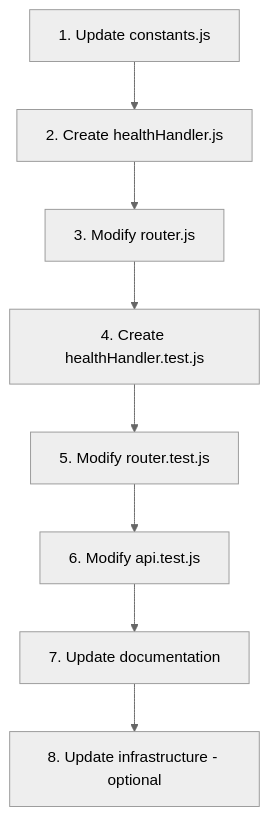
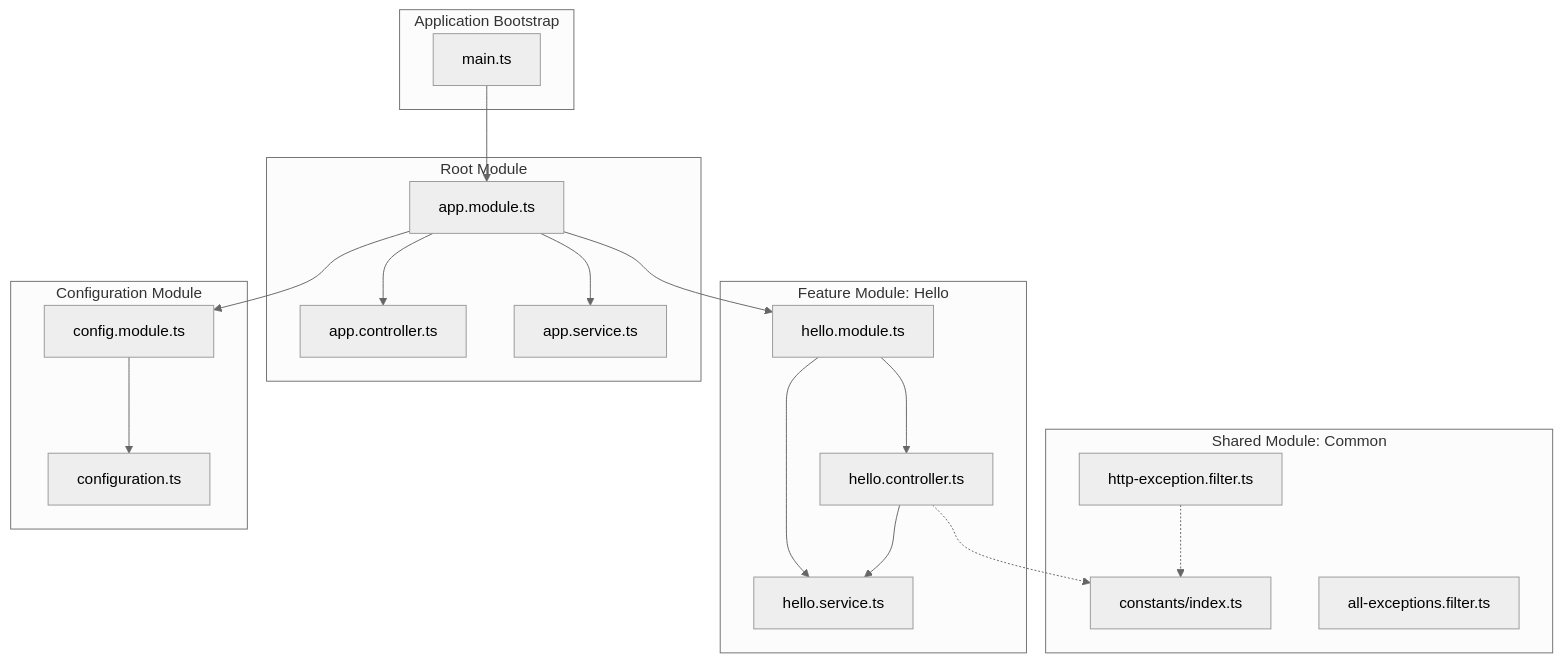
One commit to blitzy-public-samples/hao-backprop-test changed the first of 2 diagrams in blitzy/documentation/Technical Specifications.md. Above: the diagram before and after it, drawn with Mermaid (neutral theme). The commit also changed other lines of this file, not shown here.

````diff
--- a/blitzy/documentation/Technical Specifications.md
+++ b/blitzy/documentation/Technical Specifications.md
@@ -538,10 +391,41 @@
 ```mermaid
-graph TD
-    A[1. Update constants.js] --> B[2. Create healthHandler.js]
-    B --> C[3. Modify router.js]
-    C --> D[4. Create healthHandler.test.js]
-    D --> E[5. Modify router.test.js]
-    E --> F[6. Modify api.test.js]
-    F --> G[7. Update documentation]
-    G --> H[8. Update infrastructure - optional]
+graph TB
+    subgraph "Application Bootstrap"
+        Main[main.ts]
+    end
+    
+    subgraph "Root Module"
+        AppModule[app.module.ts]
+        AppController[app.controller.ts]
+        AppService[app.service.ts]
+    end
+    
+    subgraph "Feature Module: Hello"
+        HelloModule[hello.module.ts]
+        HelloController[hello.controller.ts]
+        HelloService[hello.service.ts]
+    end
+    
+    subgraph "Shared Module: Common"
+        Constants[constants/index.ts]
+        HttpFilter[http-exception.filter.ts]
+        AllFilter[all-exceptions.filter.ts]
+    end
+    
+    subgraph "Configuration Module"
+        ConfigModule[config.module.ts]
+        Configuration[configuration.ts]
+    end
+    
+    Main --> AppModule
+    AppModule --> AppController
+    AppModule --> AppService
+    AppModule --> HelloModule
+    AppModule --> ConfigModule
+    HelloModule --> HelloController
+    HelloModule --> HelloService
+    HelloController --> HelloService
+    HelloController -.-> Constants
+    HttpFilter -.-> Constants
+    ConfigModule --> Configuration
 ```
````
